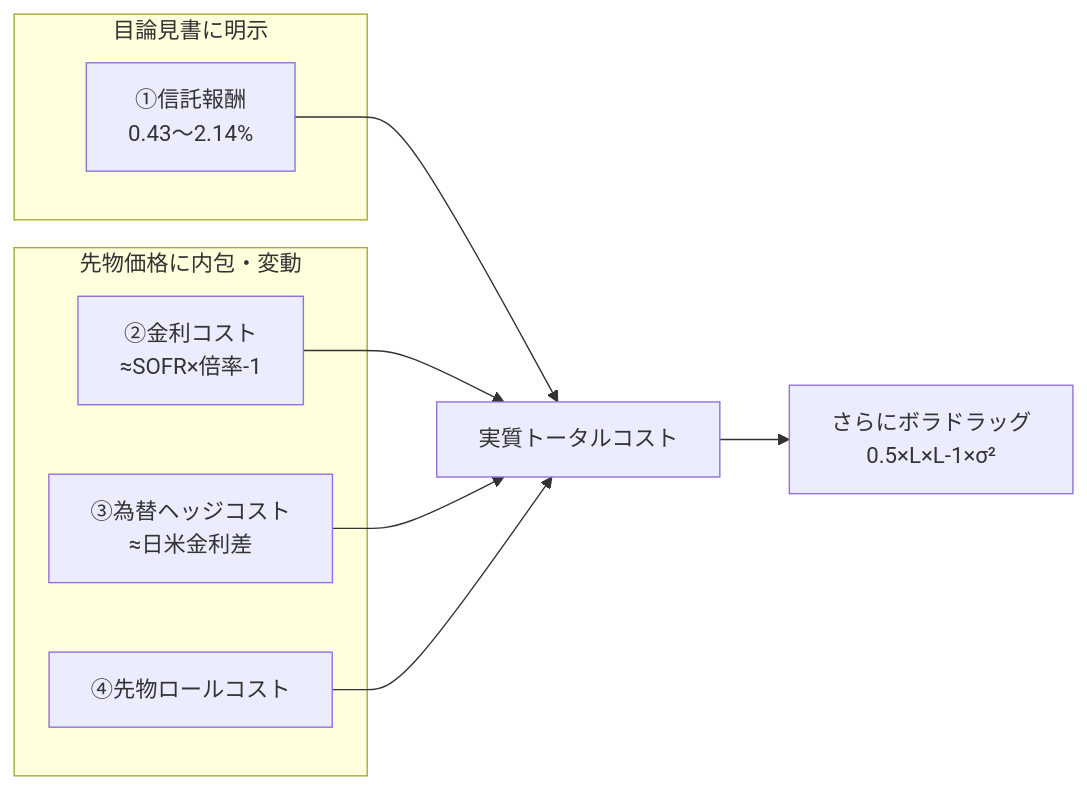
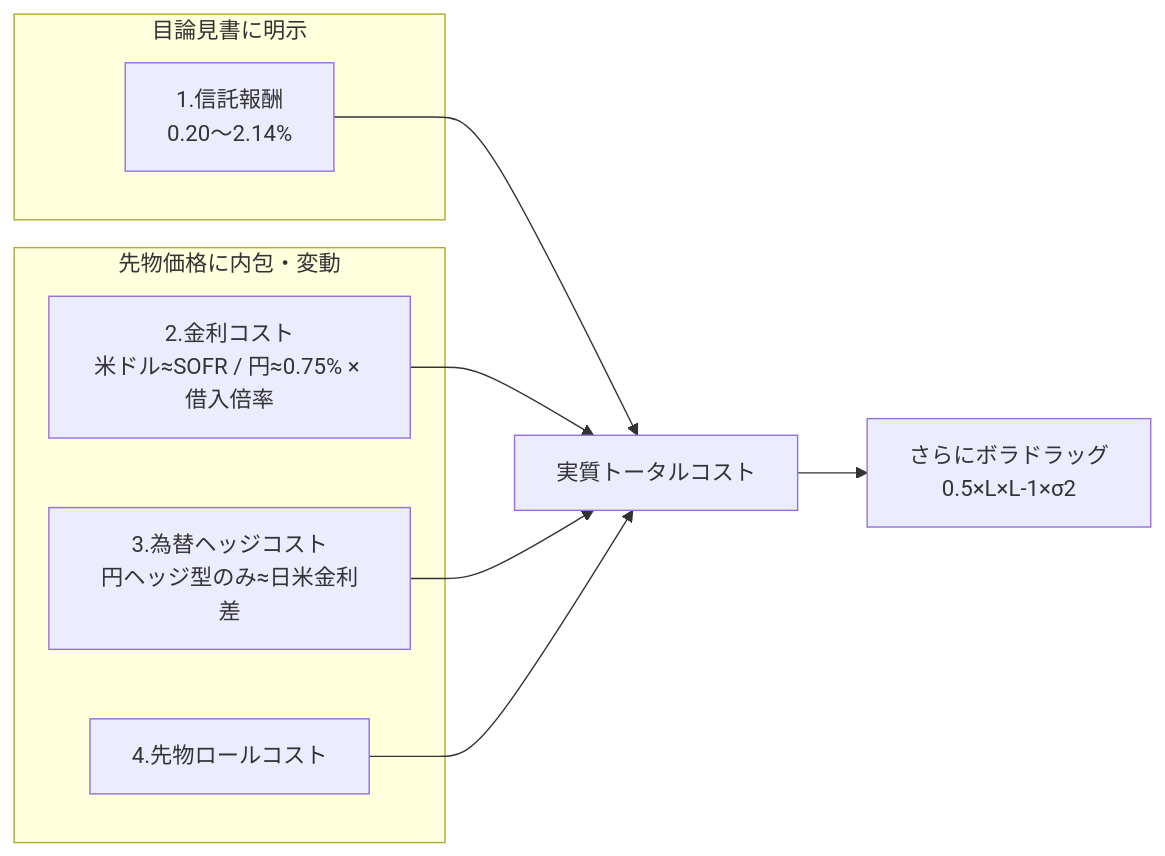
Before and after one commit to KazuyaMurayama/deep-research: the second of 2 diagrams in outputs/2026-06-10_sbi-gold-bond-leverage-mutual-funds.md, drawn with Mermaid. The commit also changed other lines of this file, not shown here.

````diff
--- a/outputs/2026-06-10_sbi-gold-bond-leverage-mutual-funds.md
+++ b/outputs/2026-06-10_sbi-gold-bond-leverage-mutual-funds.md
@@ -138,16 +165,16 @@
 ```mermaid
 flowchart LR
     subgraph 見える["目論見書に明示"]
-        A1[①信託報酬<br/>0.43〜2.14%]
+        A1[1.信託報酬<br/>0.20〜2.14%]
     end
     subgraph 隠れ["先物価格に内包・変動"]
-        A2[②金利コスト<br/>≈SOFR×倍率-1]
-        A3[③為替ヘッジコスト<br/>≈日米金利差]
-        A4[④先物ロールコスト]
+        A2[2.金利コスト<br/>米ドル≈SOFR / 円≈0.75% × 借入倍率]
+        A3[3.為替ヘッジコスト<br/>円ヘッジ型のみ≈日米金利差]
+        A4[4.先物ロールコスト]
     end
     A1 --> T[実質トータルコスト]
     A2 --> T
     A3 --> T
     A4 --> T
-    T --> D[さらにボラドラッグ<br/>0.5×L×L-1×σ²]
+    T --> D[さらにボラドラッグ<br/>0.5×L×L-1×σ2]
 ```
````
